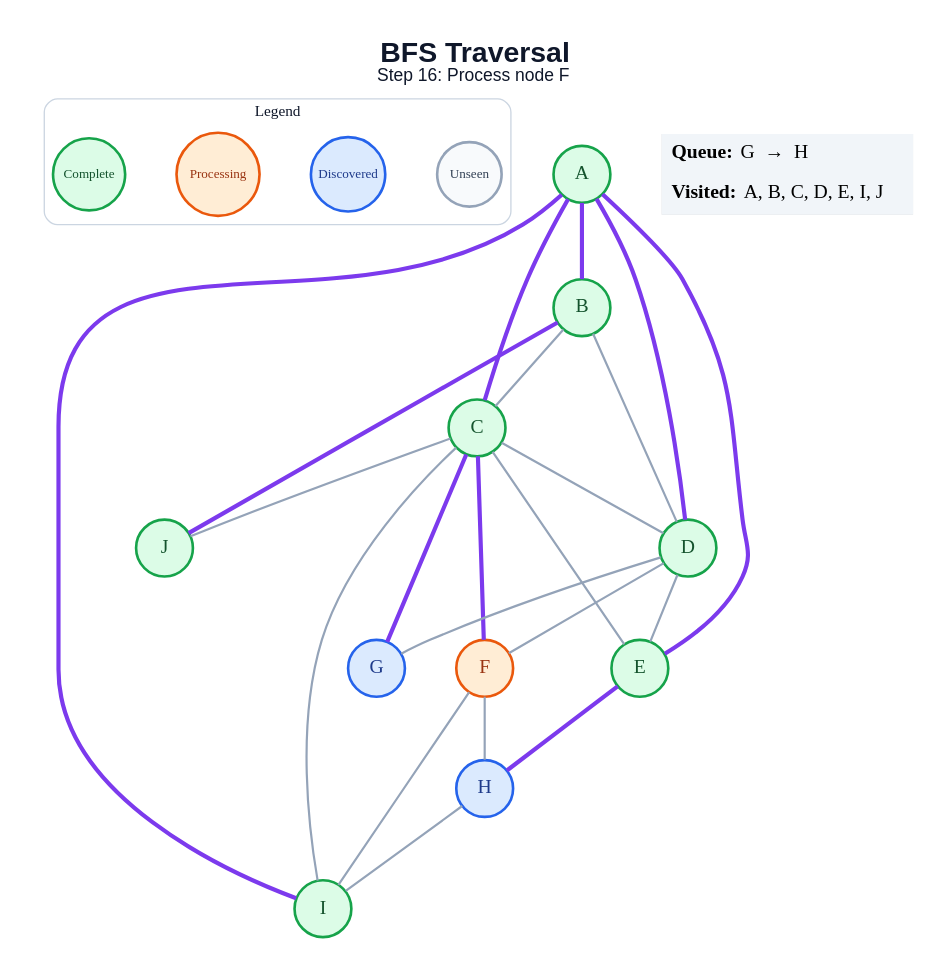
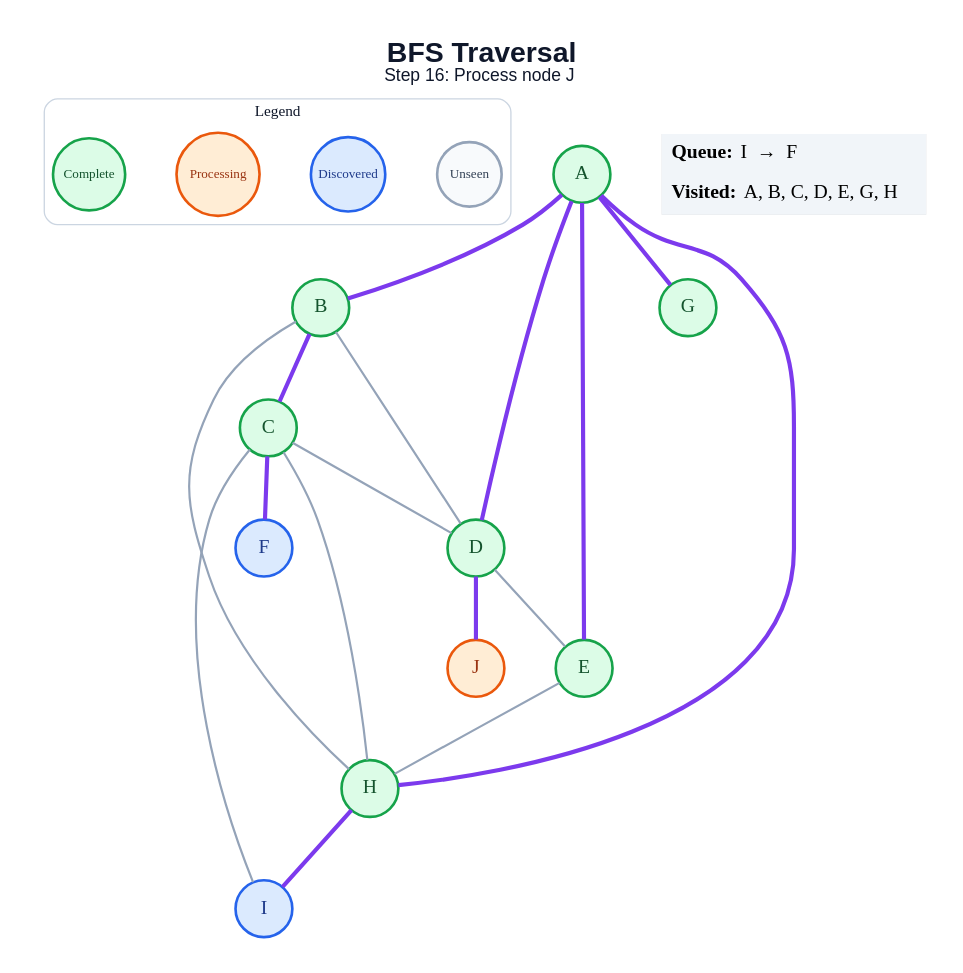
The diagram in generated/bfs/step_16.dot (amanghodawala9/ai-slop), drawn with Graphviz before and after one commit. The commit also changed 178 other files, not shown here.

```diff
--- a/generated/bfs/step_16.dot
+++ b/generated/bfs/step_16.dot
@@ -1,50 +1,45 @@
 graph traversal {
   graph [layout=dot, rankdir=TB, bgcolor="#FFFFFF", pad="0.35", nodesep="0.65", ranksep="0.8", fontname="Arial"];
   node [shape=circle, style="filled", fontname="Arial Bold", fontsize=18, width=0.72, fixedsize=true, penwidth=2.4];
   edge [color="#94A3B8", penwidth=2.0];
-  label=<<B>BFS Traversal</B><BR/><FONT POINT-SIZE="16">Step 16: Process node F</FONT>>; labelloc="t"; fontsize=26; fontname="Arial"; fontcolor="#0F172A";
+  label=<<B>BFS Traversal</B><BR/><FONT POINT-SIZE="16">Step 16: Process node J</FONT>>; labelloc="t"; fontsize=26; fontname="Arial"; fontcolor="#0F172A";
   subgraph cluster_legend { label="Legend"; color="#CBD5E1"; penwidth=1.2; style="rounded"; fontsize=14; fontname="Arial Bold";
     key_unseen [label="Unseen", fillcolor="#F8FAFC", color="#94A3B8", fontcolor="#334155", fontsize=12, width=0.82];
     key_frontier [label="Discovered", fillcolor="#DBEAFE", color="#2563EB", fontcolor="#1E3A8A", fontsize=12, width=0.95];
     key_current [label="Processing", fillcolor="#FFEDD5", color="#EA580C", fontcolor="#9A3412", fontsize=12, width=1.05];
     key_done [label="Complete", fillcolor="#DCFCE7", color="#16A34A", fontcolor="#14532D", fontsize=12, width=0.92];
     { rank=same; key_unseen; key_frontier; key_current; key_done; }
   }
   A [fillcolor="#DCFCE7", color="#16A34A", fontcolor="#14532D"];
   B [fillcolor="#DCFCE7", color="#16A34A", fontcolor="#14532D"];
   C [fillcolor="#DCFCE7", color="#16A34A", fontcolor="#14532D"];
   D [fillcolor="#DCFCE7", color="#16A34A", fontcolor="#14532D"];
   E [fillcolor="#DCFCE7", color="#16A34A", fontcolor="#14532D"];
-  F [fillcolor="#FFEDD5", color="#EA580C", fontcolor="#9A3412"];
-  G [fillcolor="#DBEAFE", color="#2563EB", fontcolor="#1E3A8A"];
-  H [fillcolor="#DBEAFE", color="#2563EB", fontcolor="#1E3A8A"];
-  I [fillcolor="#DCFCE7", color="#16A34A", fontcolor="#14532D"];
-  J [fillcolor="#DCFCE7", color="#16A34A", fontcolor="#14532D"];
+  F [fillcolor="#DBEAFE", color="#2563EB", fontcolor="#1E3A8A"];
+  G [fillcolor="#DCFCE7", color="#16A34A", fontcolor="#14532D"];
+  H [fillcolor="#DCFCE7", color="#16A34A", fontcolor="#14532D"];
+  I [fillcolor="#DBEAFE", color="#2563EB", fontcolor="#1E3A8A"];
+  J [fillcolor="#FFEDD5", color="#EA580C", fontcolor="#9A3412"];
   A -- B [color="#7C3AED", penwidth=3.8];
-  A -- C [color="#7C3AED", penwidth=3.8];
   A -- D [color="#7C3AED", penwidth=3.8];
   A -- E [color="#7C3AED", penwidth=3.8];
-  A -- I [color="#7C3AED", penwidth=3.8];
-  B -- C;
+  A -- G [color="#7C3AED", penwidth=3.8];
+  A -- H [color="#7C3AED", penwidth=3.8];
+  B -- C [color="#7C3AED", penwidth=3.8];
   B -- D;
-  B -- J [color="#7C3AED", penwidth=3.8];
+  B -- H;
   C -- D;
-  C -- E;
   C -- F [color="#7C3AED", penwidth=3.8];
-  C -- G [color="#7C3AED", penwidth=3.8];
+  C -- H;
   C -- I;
-  C -- J;
   D -- E;
-  D -- F;
-  D -- G;
-  E -- H [color="#7C3AED", penwidth=3.8];
-  F -- H;
-  F -- I;
-  H -- I;
+  D -- J [color="#7C3AED", penwidth=3.8];
+  E -- H;
+  H -- I [color="#7C3AED", penwidth=3.8];
   status [shape=plain, fixedsize=false, width=0, height=0, margin=0, label=<
     <TABLE BORDER="0" CELLBORDER="0" CELLPADDING="7" BGCOLOR="#F1F5F9">
-      <TR><TD ALIGN="LEFT"><B>Queue:</B> G  →  H</TD></TR>
-      <TR><TD ALIGN="LEFT"><B>Visited:</B> A, B, C, D, E, I, J</TD></TR>
+      <TR><TD ALIGN="LEFT"><B>Queue:</B> I  →  F</TD></TR>
+      <TR><TD ALIGN="LEFT"><B>Visited:</B> A, B, C, D, E, G, H</TD></TR>
     </TABLE>
   >];
 }
```
